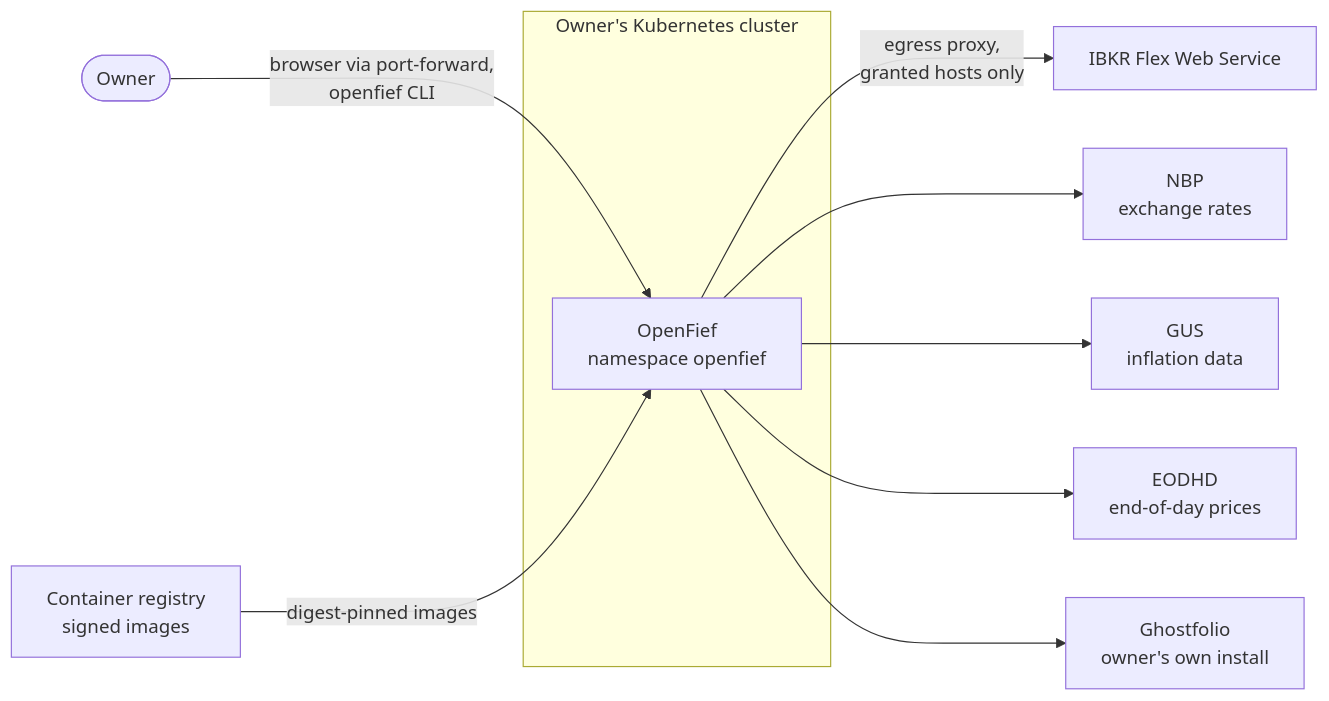
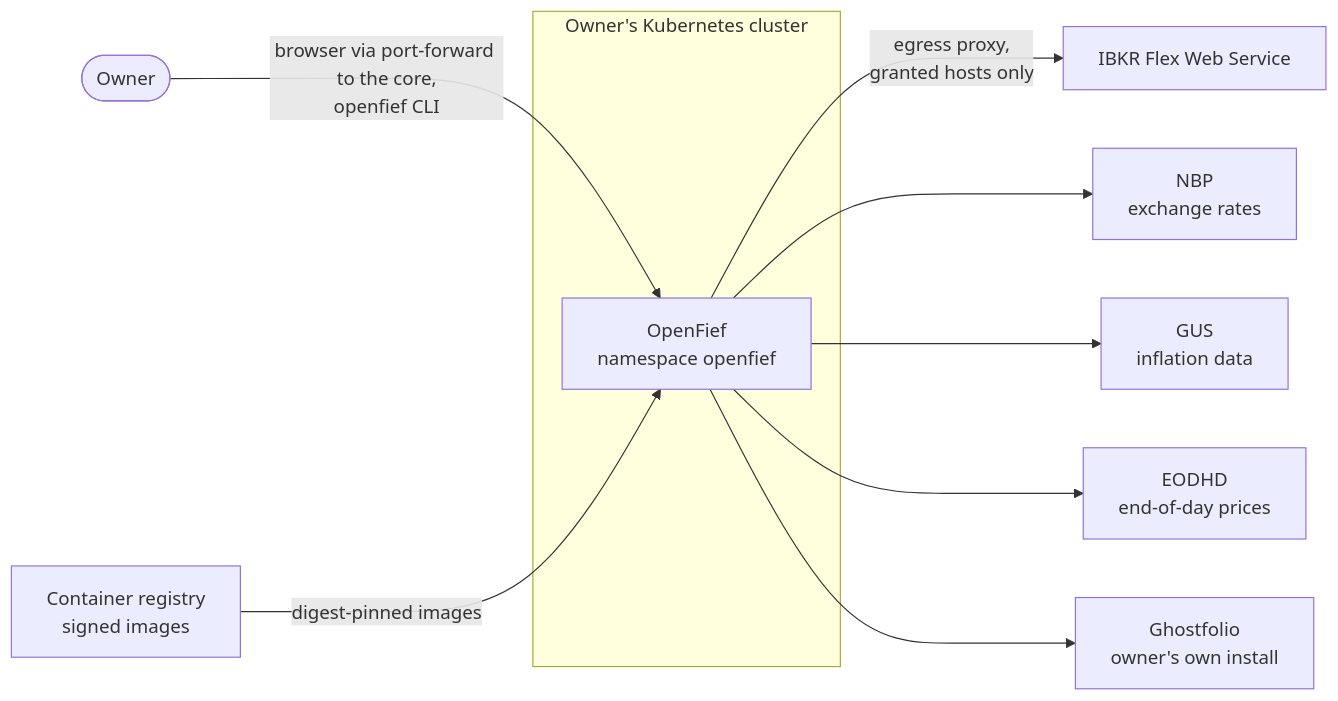
One commit to arkadiuss/openfief changed the first of 5 diagrams in docs/architecture.md. Above: the diagram before and after it, drawn with Mermaid. The commit also changed other lines of this file and 177 other files, not shown here.

````diff
--- a/docs/architecture.md
+++ b/docs/architecture.md
@@ -15,20 +15,20 @@
 ```mermaid
 flowchart LR
   owner(["Owner"])
   subgraph cluster["Owner's Kubernetes cluster"]
     of["OpenFief<br/>namespace openfief"]
   end
   ibkr["IBKR Flex Web Service"]
   nbp["NBP<br/>exchange rates"]
   gus["GUS<br/>inflation data"]
   md["EODHD<br/>end-of-day prices"]
   gf["Ghostfolio<br/>owner's own install"]
   reg["Container registry<br/>signed images"]
-  owner -- "browser via port-forward,<br/>openfief CLI" --> of
+  owner -- "browser via port-forward to the core,<br/>openfief CLI" --> of
   of -- "egress proxy,<br/>granted hosts only" --> ibkr
   of --> nbp
   of --> gus
   of --> md
   of --> gf
   reg -- "digest-pinned images" --> of
 ```
````
